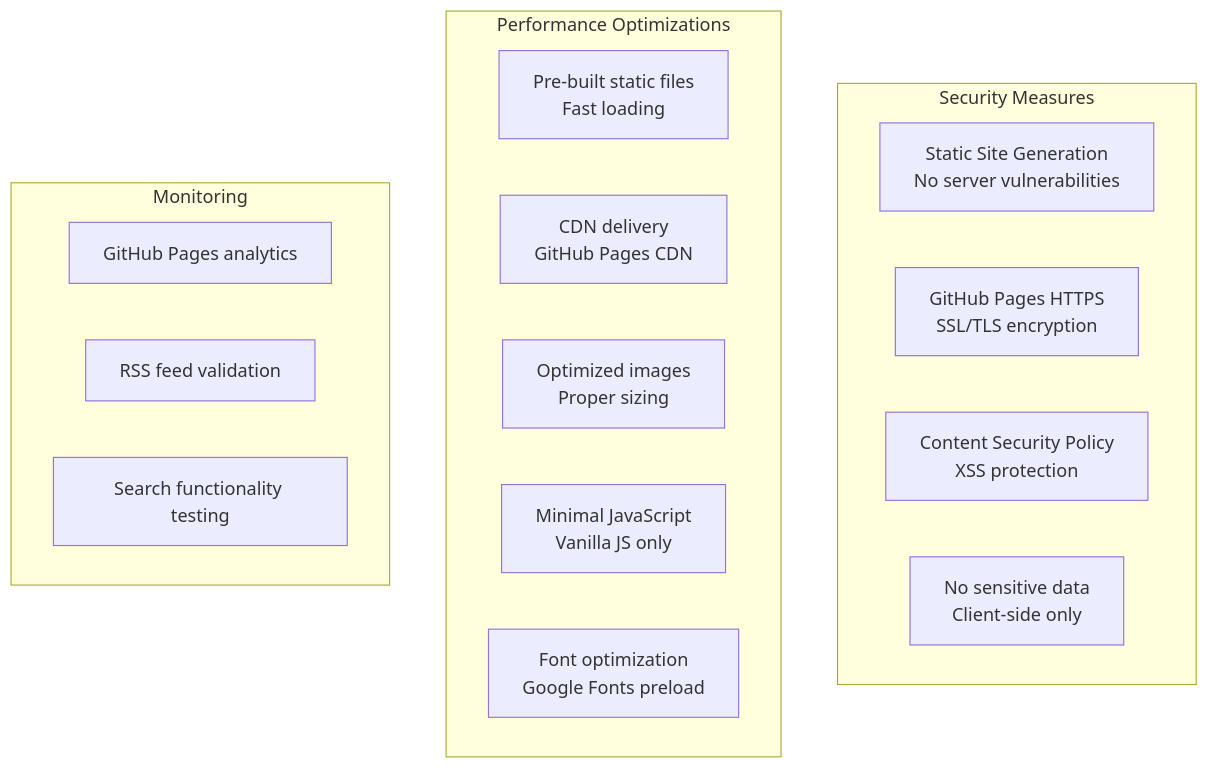
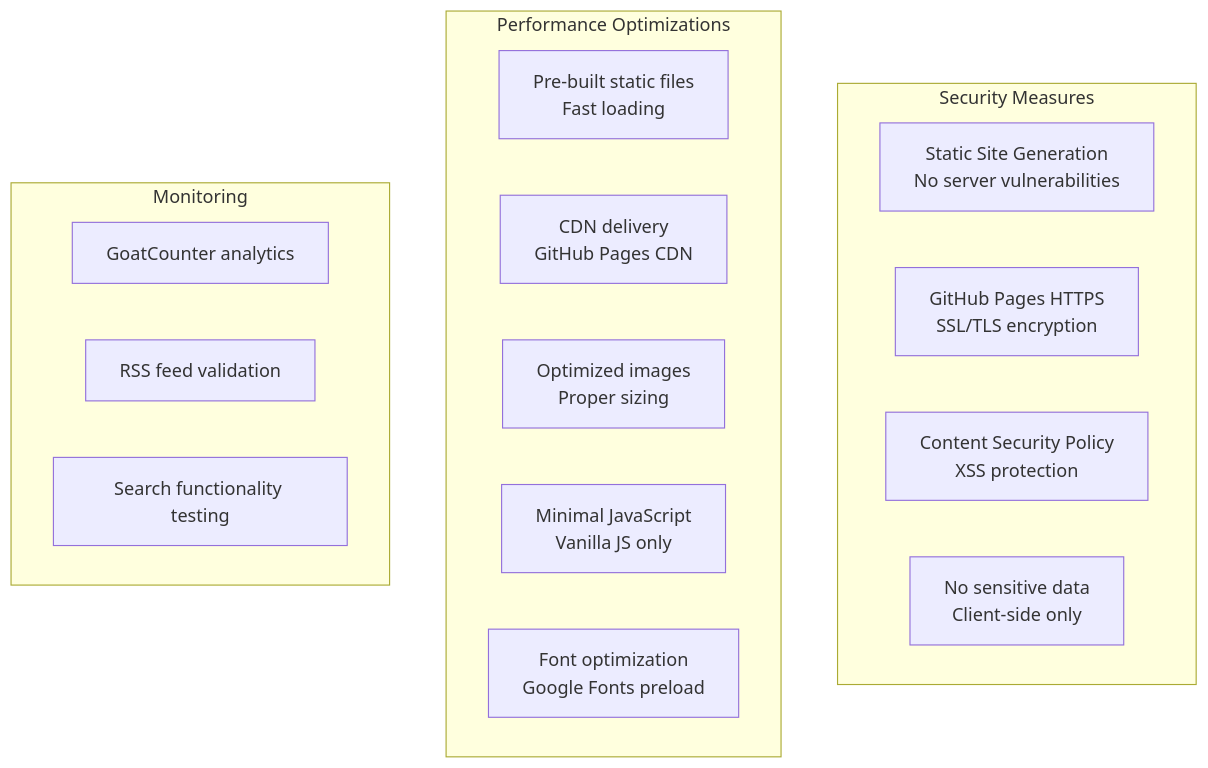
One commit to ikristina/ikristina.github.io changed diagram 12 of 12 in docs/architecture-diagrams.md. Above: the diagram before and after it, drawn with Mermaid. The commit also changed 1 other file, not shown here.

Commit message:
content: add GoatCounter analytics section to architecture post

````diff
--- a/docs/architecture-diagrams.md
+++ b/docs/architecture-diagrams.md
@@ -357,23 +357,23 @@
 ```mermaid
 graph TB
     subgraph Security["Security Measures"]
         A[Static Site Generation<br/>No server vulnerabilities]
         B[GitHub Pages HTTPS<br/>SSL/TLS encryption]
         C[Content Security Policy<br/>XSS protection]
         D[No sensitive data<br/>Client-side only]
     end
     
     subgraph Performance["Performance Optimizations"]
         E[Pre-built static files<br/>Fast loading]
         F[CDN delivery<br/>GitHub Pages CDN]
         G[Optimized images<br/>Proper sizing]
         H[Minimal JavaScript<br/>Vanilla JS only]
         I[Font optimization<br/>Google Fonts preload]
     end
     
     subgraph Monitoring["Monitoring"]
-        J[GitHub Pages analytics]
+        J[GoatCounter analytics]
         K[RSS feed validation]
         L[Search functionality testing]
     end
 ```
````
